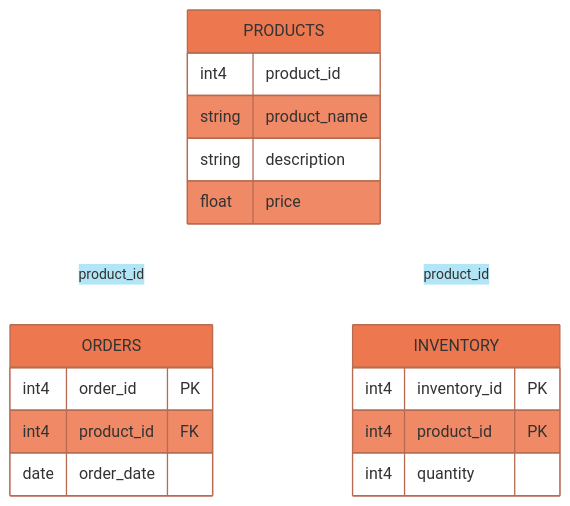
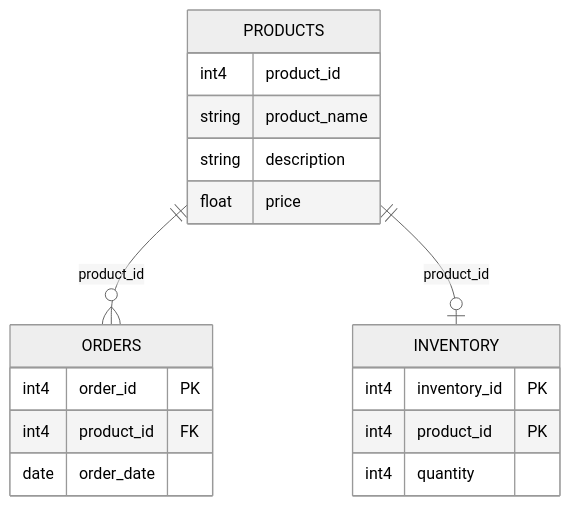
The diagram in README.md (yugabyte/r2dbc-ysql-client), drawn with Mermaid before and after one commit.

Commit message:
Changed to neutral theme

````diff
--- a/README.md
+++ b/README.md
@@ -18,22 +18,22 @@
 ```mermaid
-%%{init: {'theme':'base', 'themeVariables': { 'background': '#000000','primaryColor': '#ed774f'}}}%%
+%%{init: {'theme':'neutral'}}%%
 erDiagram
   PRODUCTS ||--o{ ORDERS : product_id
   PRODUCTS ||--|o INVENTORY : product_id
   ORDERS {
       int4 order_id  PK
       int4 product_id FK
       date order_date
   }
   PRODUCTS {
     int4 product_id
     string product_name
     string description
     float price
   }
   INVENTORY {
       int4 inventory_id PK
       int4 product_id PK
       int4 quantity
   }
 ```
````
